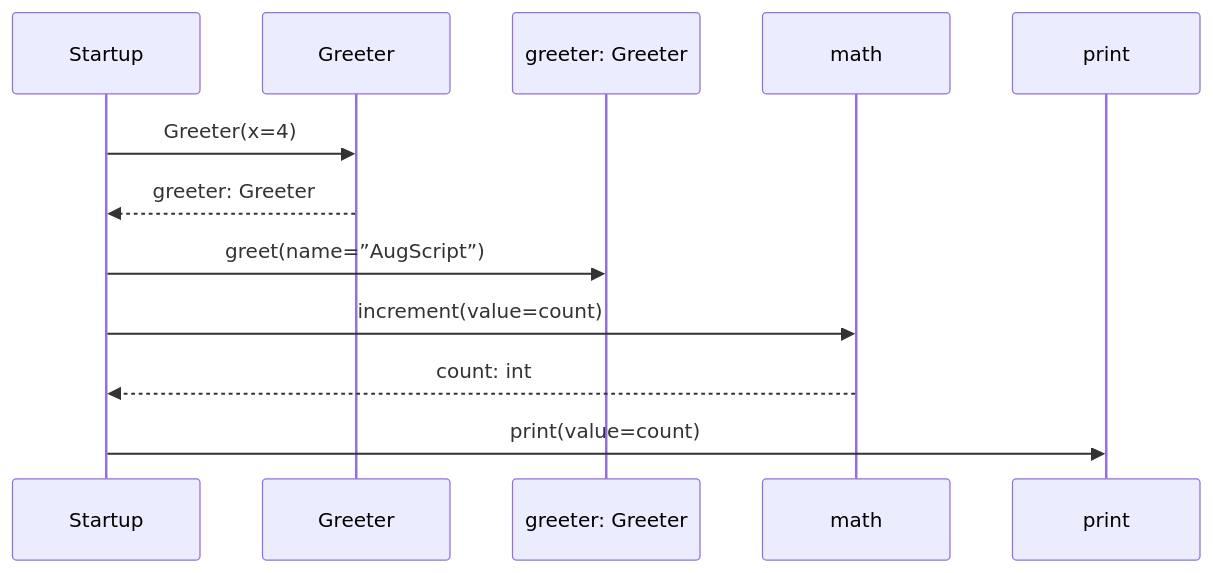
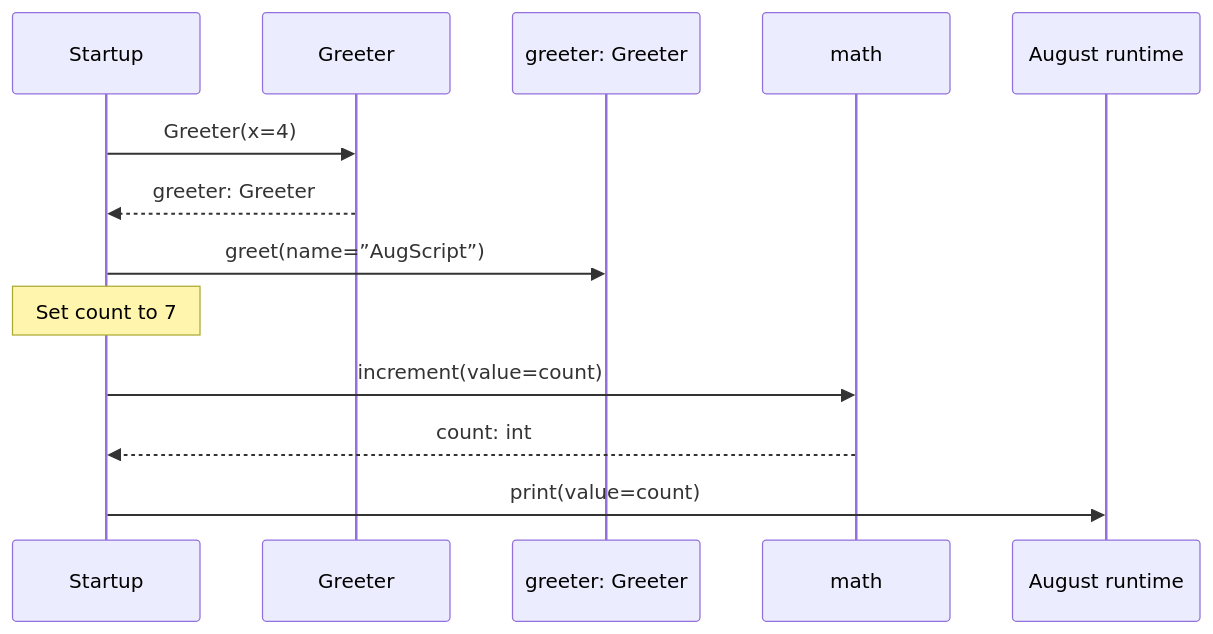
Before and after one commit to GreenPandaStudios/augscript: the second of 2 diagrams in docs/examples/new-syntax/main-diagrams.md, drawn with Mermaid. The commit also changed other lines of this file and 304 other files, not shown here.

Commit message:
Make generated data-flow sequences concise and review every diagram

````diff
--- a/docs/examples/new-syntax/main-diagrams.md
+++ b/docs/examples/new-syntax/main-diagrams.md
@@ -53,14 +38,15 @@
 ```mermaid
 sequenceDiagram
     participant p0 as Startup
     participant p1 as Greeter
     participant p2 as greeter: Greeter
     participant p3 as math
-    participant p4 as print
+    participant p4 as August runtime
     p0->>p1: Greeter(x=4)
     p1-->>p0: greeter: Greeter
     p0->>p2: greet(name=”AugScript”)
+    Note over p0: Set count to 7
     p0->>p3: increment(value=count)
     p3-->>p0: count: int
     p0->>p4: print(value=count)
 ```
````
